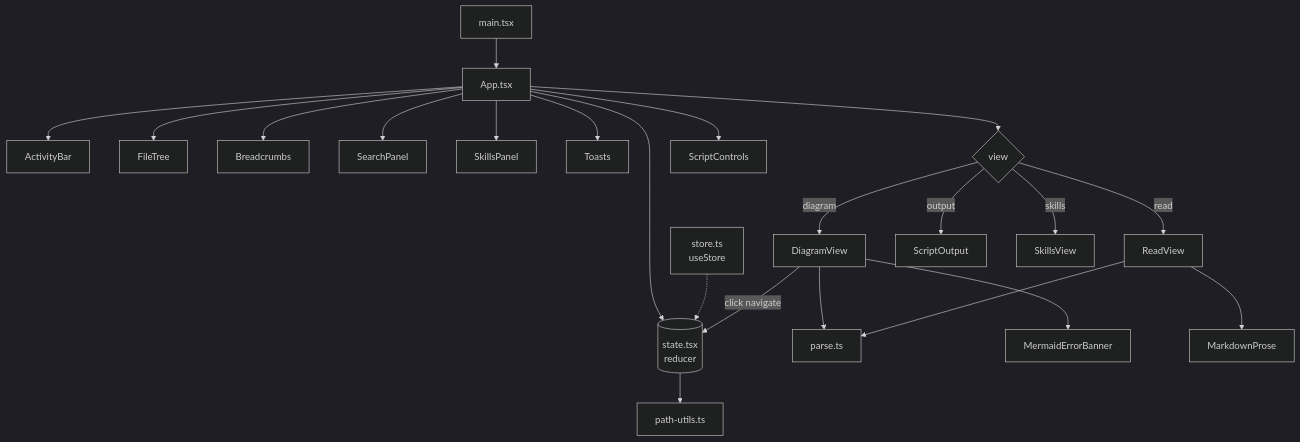
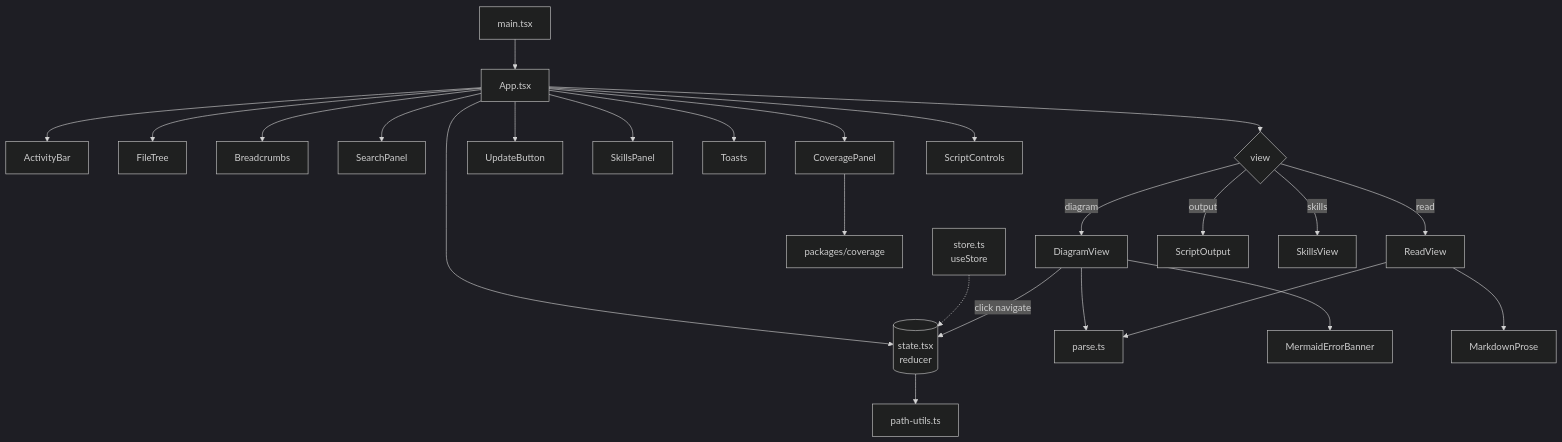
Before and after one commit to keithagroves/codeswim: the diagram in architecture/renderer.md, drawn with Mermaid (dark theme). The commit also changed other lines of this file and 8 other files, not shown here.

First line of the commit message:
feat: diagram-coverage section in the sidebar

````diff
--- a/architecture/renderer.md
+++ b/architecture/renderer.md
@@ -16,45 +16,51 @@
 ```mermaid
 flowchart TD
     Entry[main.tsx] --> AppRoot[App.tsx]
     AppRoot --> State[(state.tsx<br/>reducer)]
     Store[store.ts<br/>useStore] -.-> State
     AppRoot --> Activity[ActivityBar]
     AppRoot --> Tree[FileTree]
     AppRoot --> Crumbs[Breadcrumbs]
     AppRoot --> Search[SearchPanel]
+    AppRoot --> CoverageP[CoveragePanel]
+    CoverageP --> CovLib[packages/coverage]
+    AppRoot --> UpdateBtn[UpdateButton]
     AppRoot --> SkillsP[SkillsPanel]
     AppRoot --> Toasts
     AppRoot --> View{view}
     View -->|diagram| Diagram[DiagramView]
     View -->|read| Read[ReadView]
     View -->|output| Output[ScriptOutput]
     View -->|skills| SkillsV[SkillsView]
     Diagram --> Parse[parse.ts]
     Read --> Parse
     Diagram -->|click navigate| State
     Diagram --> ErrBanner[MermaidErrorBanner]
     Read --> Prose[MarkdownProse]
     AppRoot --> ScriptCtl[ScriptControls]
     State --> PathUtil[path-utils.ts]
 
     click Entry call navigate("../apps/desktop/src/renderer/src/main.tsx")
     click AppRoot call navigate("../apps/desktop/src/renderer/src/App.tsx")
     click State call navigate("../apps/desktop/src/renderer/src/state.tsx")
     click Store call navigate("../apps/desktop/src/renderer/src/store.ts")
     click Parse call navigate("../apps/desktop/src/renderer/src/parse.ts")
     click PathUtil call navigate("../apps/desktop/src/renderer/src/path-utils.ts")
     click Diagram call navigate("../apps/desktop/src/renderer/src/components/DiagramView.tsx")
     click Read call navigate("../apps/desktop/src/renderer/src/components/ReadView.tsx")
     click Output call navigate("../apps/desktop/src/renderer/src/components/ScriptOutput.tsx")
     click SkillsV call navigate("../apps/desktop/src/renderer/src/components/SkillsView.tsx")
     click Activity call navigate("../apps/desktop/src/renderer/src/components/ActivityBar.tsx")
     click Tree call navigate("../apps/desktop/src/renderer/src/components/FileTree.tsx")
     click Crumbs call navigate("../apps/desktop/src/renderer/src/components/Breadcrumbs.tsx")
     click Search call navigate("../apps/desktop/src/renderer/src/components/SearchPanel.tsx")
+    click CoverageP call navigate("../apps/desktop/src/renderer/src/components/CoveragePanel.tsx")
+    click CovLib call navigate("./coverage.md")
+    click UpdateBtn call navigate("../apps/desktop/src/renderer/src/components/UpdateButton.tsx")
     click SkillsP call navigate("../apps/desktop/src/renderer/src/components/SkillsPanel.tsx")
     click Toasts call navigate("../apps/desktop/src/renderer/src/components/Toasts.tsx")
     click ScriptCtl call navigate("../apps/desktop/src/renderer/src/components/ScriptControls.tsx")
     click ErrBanner call navigate("../apps/desktop/src/renderer/src/components/MermaidErrorBanner.tsx")
     click View call navigate("../architecture/renderer.md")
     click Prose call navigate("../apps/desktop/src/renderer/src/components/MarkdownProse.tsx")
 ```
````
